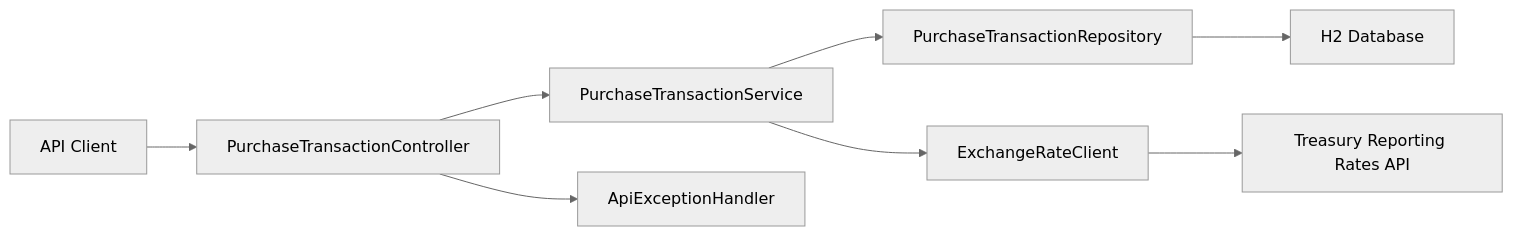
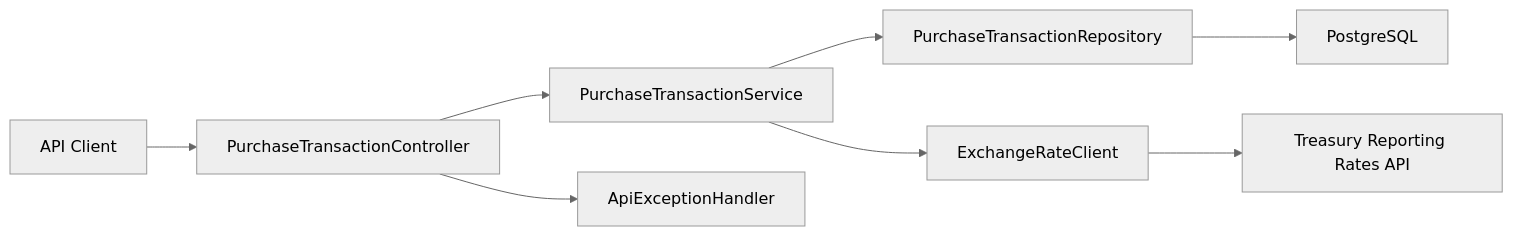
The diagram in README.md (SthotaS/corporate-payments), drawn with Mermaid (neutral theme) before and after one commit. The commit also changed other lines of this file and 9 other files, not shown here.

Commit message:
Switch application to PostgreSQL with Docker Compose. Add Flyway for schema migrations, configure profiles, and update README with setup instructions.

````diff
--- a/README.md
+++ b/README.md
@@ -14,10 +15,10 @@
 ```mermaid
 flowchart LR
     Client["API Client"] --> Controller["PurchaseTransactionController"]
     Controller --> Service["PurchaseTransactionService"]
     Service --> Repo["PurchaseTransactionRepository"]
-    Repo --> H2["H2 Database"]
+    Repo --> Postgres["PostgreSQL"]
     Service --> Treasury["ExchangeRateClient"]
     Treasury --> Fiscal["Treasury Reporting Rates API"]
     Controller --> Errors["ApiExceptionHandler"]
 ```
````
